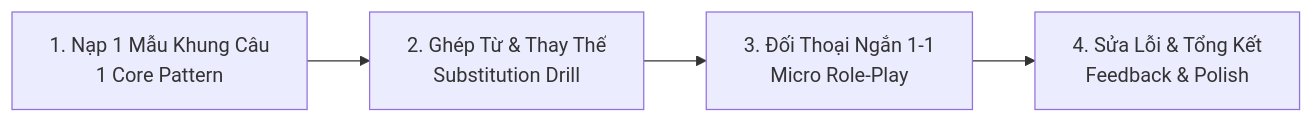
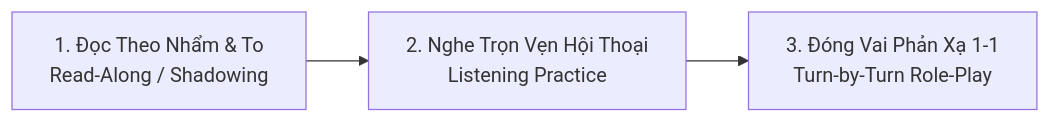
Before and after one commit to Cuongnguyentdh/audio-visual-english: the diagram in LEARN/ENGLISH_COACH.md, drawn with Mermaid. The commit also changed other lines of this file and 2 other files, not shown here.

Commit message:
refactor: merge conversation topics and english coach into unified handbook with situational context and full read-along scripts

````diff
--- a/LEARN/ENGLISH_COACH.md
+++ b/LEARN/ENGLISH_COACH.md
@@ -18,6 +21,5 @@
 ```mermaid
 graph LR
-    A[1. Nạp 1 Mẫu Khung Câu<br/>1 Core Pattern] --> B[2. Ghép Từ & Thay Thế<br/>Substitution Drill]
-    B --> C[3. Đối Thoại Ngắn 1-1<br/>Micro Role-Play]
-    C --> D[4. Sửa Lỗi & Tổng Kết<br/>Feedback & Polish]
+    A[1. Đọc Theo Nhẩm & To<br/>Read-Along / Shadowing] --> B[2. Nghe Trọn Vẹn Hội Thoại<br/>Listening Practice]
+    B --> C[3. Đóng Vai Phản Xạ 1-1<br/>Turn-by-Turn Role-Play]
 ```
````
